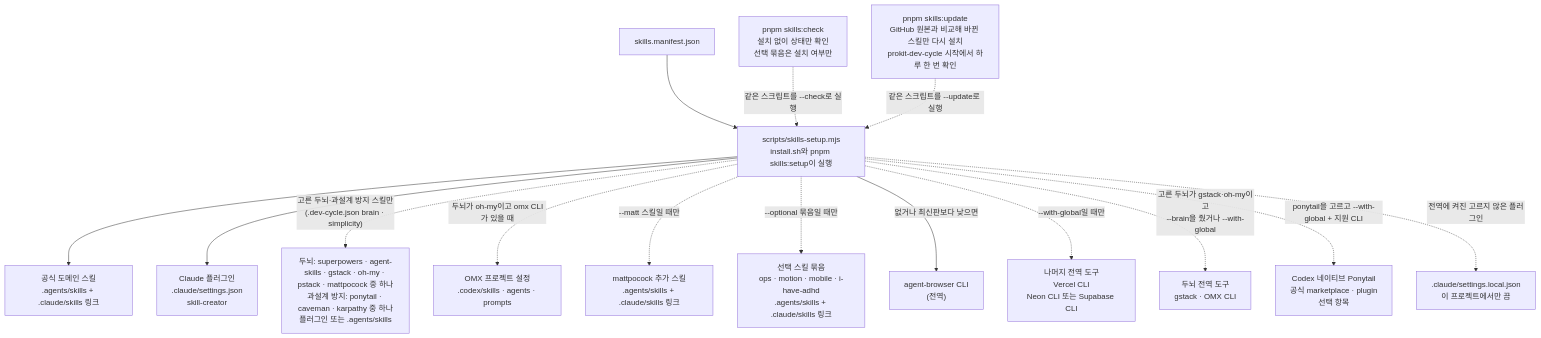
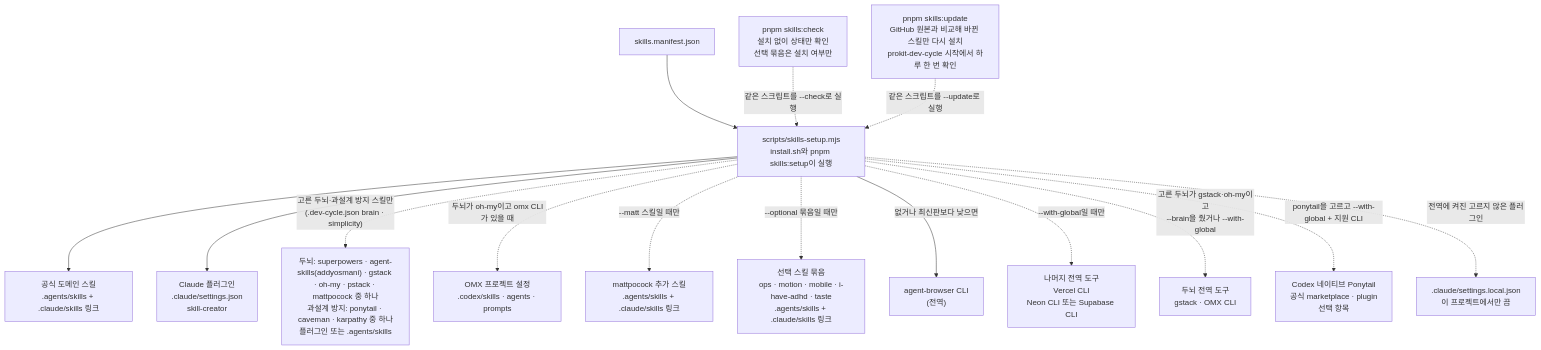
One commit to roadkwon-ai/pro-kit changed the diagram in handbook/skills/install-and-update.md. Above: the diagram before and after it, drawn with Mermaid. The commit also changed 60 other files, not shown here.

````diff
--- a/handbook/skills/install-and-update.md
+++ b/handbook/skills/install-and-update.md
@@ -7,17 +7,17 @@
 ```mermaid
 flowchart TD
   M["skills.manifest.json"] --> S["scripts/skills-setup.mjs<br/>install.sh와 pnpm skills:setup이 실행"]
   S --> P1["공식 도메인 스킬<br/>.agents/skills + .claude/skills 링크"]
   S --> P2["Claude 플러그인<br/>.claude/settings.json<br/>skill-creator"]
-  S -.->|"고른 두뇌·과설계 방지 스킬만<br/>(.dev-cycle.json brain · simplicity)"| SEL["두뇌: superpowers · agent-skills · gstack · oh-my · pstack · mattpocock 중 하나<br/>과설계 방지: ponytail · caveman · karpathy 중 하나<br/>플러그인 또는 .agents/skills"]
+  S -.->|"고른 두뇌·과설계 방지 스킬만<br/>(.dev-cycle.json brain · simplicity)"| SEL["두뇌: superpowers · agent-skills(addyosmani) · gstack · oh-my · pstack · mattpocock 중 하나<br/>과설계 방지: ponytail · caveman · karpathy 중 하나<br/>플러그인 또는 .agents/skills"]
   S -.->|"두뇌가 oh-my이고 omx CLI가 있을 때"| P4["OMX 프로젝트 설정<br/>.codex/skills · agents · prompts"]
   S -.->|"--matt 스킬일 때만"| MATT["mattpocock 추가 스킬<br/>.agents/skills + .claude/skills 링크"]
-  S -.->|"--optional 묶음일 때만"| OPT["선택 스킬 묶음<br/>ops · motion · mobile · i-have-adhd<br/>.agents/skills + .claude/skills 링크"]
+  S -.->|"--optional 묶음일 때만"| OPT["선택 스킬 묶음<br/>ops · motion · mobile · i-have-adhd · taste<br/>.agents/skills + .claude/skills 링크"]
   S -->|"없거나 최신판보다 낮으면"| AB["agent-browser CLI<br/>(전역)"]
   S -.->|"--with-global일 때만"| G["나머지 전역 도구<br/>Vercel CLI<br/>Neon CLI 또는 Supabase CLI"]
   S -.->|"고른 두뇌가 gstack·oh-my이고<br/>--brain을 줬거나 --with-global"| BG["두뇌 전역 도구<br/>gstack · OMX CLI"]
   S -.->|"ponytail을 고르고 --with-global + 지원 CLI"| CP["Codex 네이티브 Ponytail<br/>공식 marketplace · plugin<br/>선택 항목"]
   S -.->|"전역에 켜진 고르지 않은 플러그인"| LOC[".claude/settings.local.json<br/>이 프로젝트에서만 끔"]
   CHK["pnpm skills:check<br/>설치 없이 상태만 확인<br/>선택 묶음은 설치 여부만"] -.->|"같은 스크립트를 --check로 실행"| S
   UPD["pnpm skills:update<br/>GitHub 원본과 비교해 바뀐 스킬만 다시 설치<br/>prokit-dev-cycle 시작에서 하루 한 번 확인"] -.->|"같은 스크립트를 --update로 실행"| S
 ```
````
